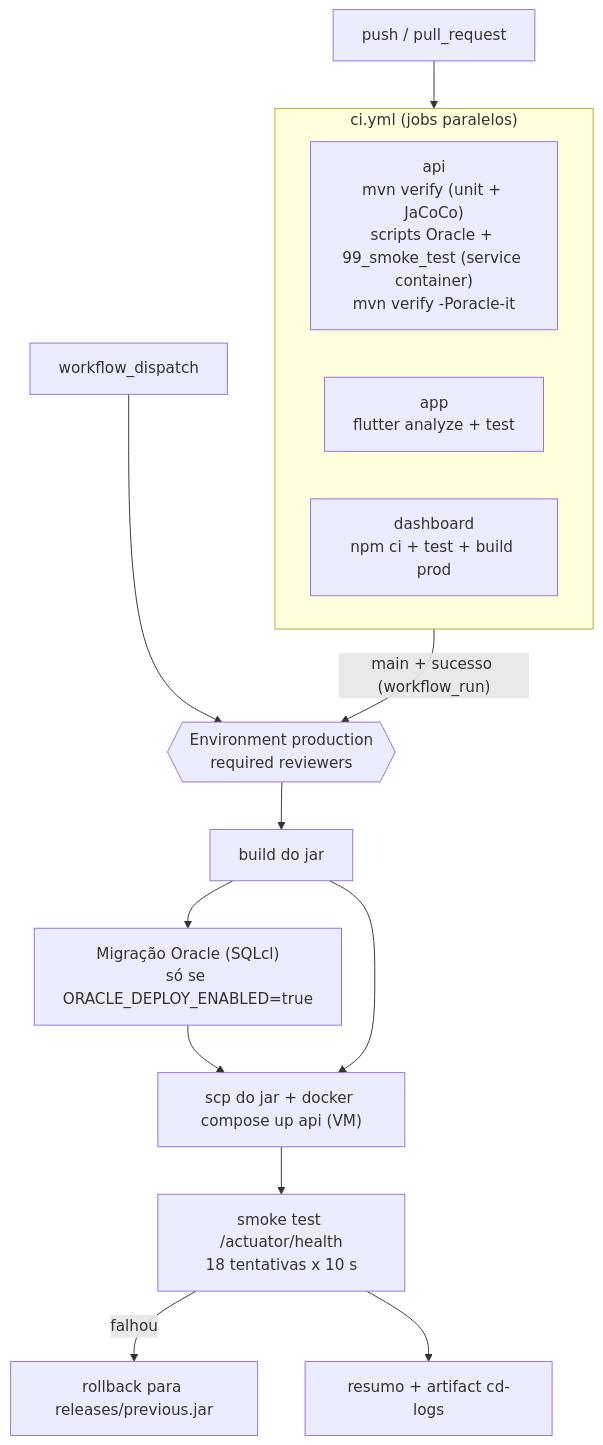
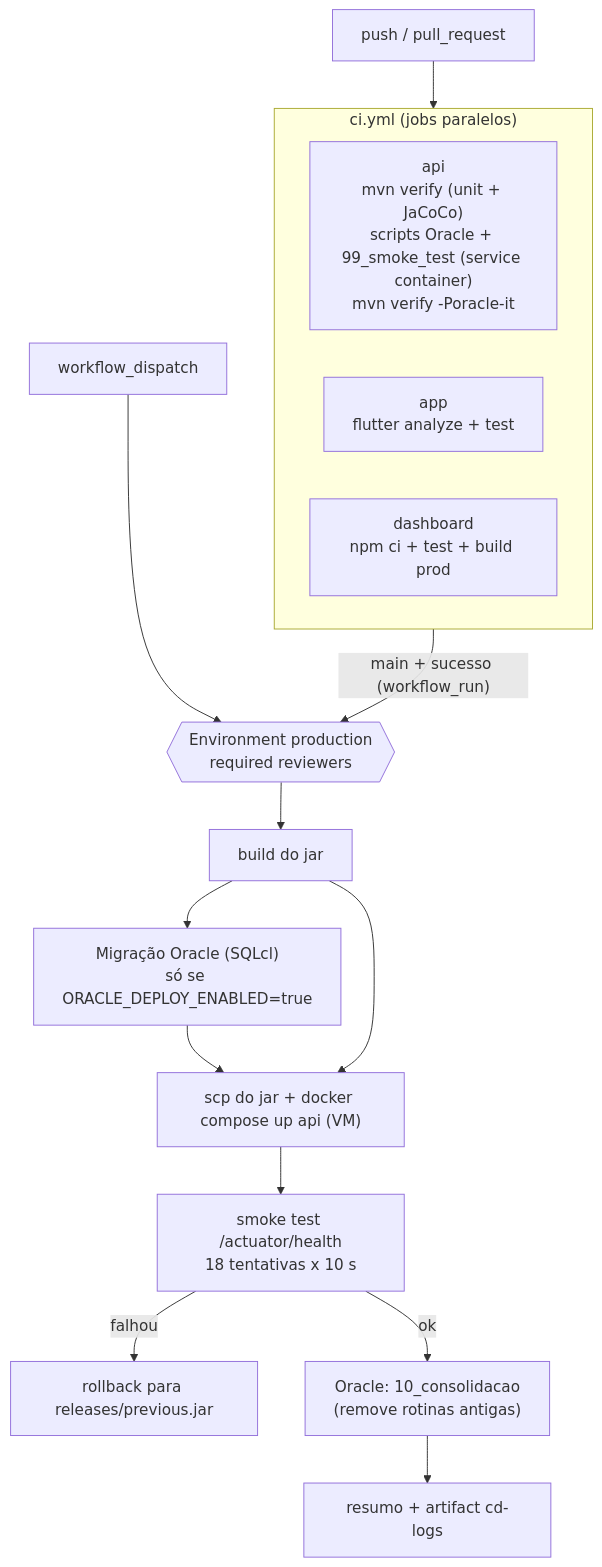
One commit to omateusborba/Level30-Flutter changed the diagram in docs/fase7/PIPELINE.md. Above: the diagram before and after it, drawn with Mermaid. The commit also changed other lines of this file and 1 other file, not shown here.

Commit message:
ci: CD aplica 06..09 antes do deploy e 10_consolidacao só após o smoke test

````diff
--- a/docs/fase7/PIPELINE.md
+++ b/docs/fase7/PIPELINE.md
@@ -6,18 +6,19 @@
 ```mermaid
 flowchart TD
   push["push / pull_request"] --> CI
   subgraph CI["ci.yml (jobs paralelos)"]
     api["api<br/>mvn verify (unit + JaCoCo)<br/>scripts Oracle + 99_smoke_test (service container)<br/>mvn verify -Poracle-it"]
     app["app<br/>flutter analyze + test"]
     dash["dashboard<br/>npm ci + test + build prod"]
   end
   CI -->|"main + sucesso (workflow_run)"| gate{{"Environment production<br/>required reviewers"}}
   manual["workflow_dispatch"] --> gate
   gate --> build["build do jar"]
   build --> ora["Migração Oracle (SQLcl)<br/>só se ORACLE_DEPLOY_ENABLED=true"]
   ora --> ssh["scp do jar + docker compose up api (VM)"]
   build --> ssh
   ssh --> smoke["smoke test /actuator/health<br/>18 tentativas x 10 s"]
   smoke -->|falhou| rb["rollback para releases/previous.jar"]
-  smoke --> sum["resumo + artifact cd-logs"]
+  smoke -->|ok| cons["Oracle: 10_consolidacao<br/>(remove rotinas antigas)"]
+  cons --> sum["resumo + artifact cd-logs"]
 ```
````
